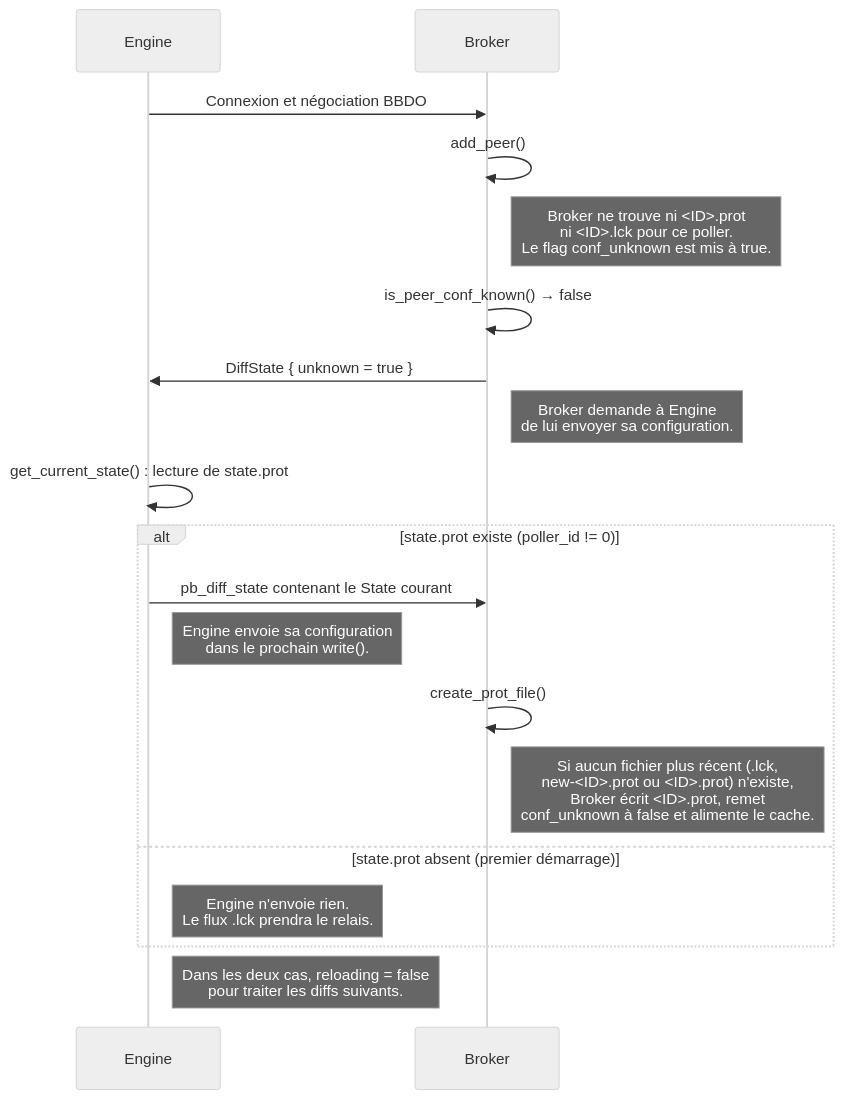
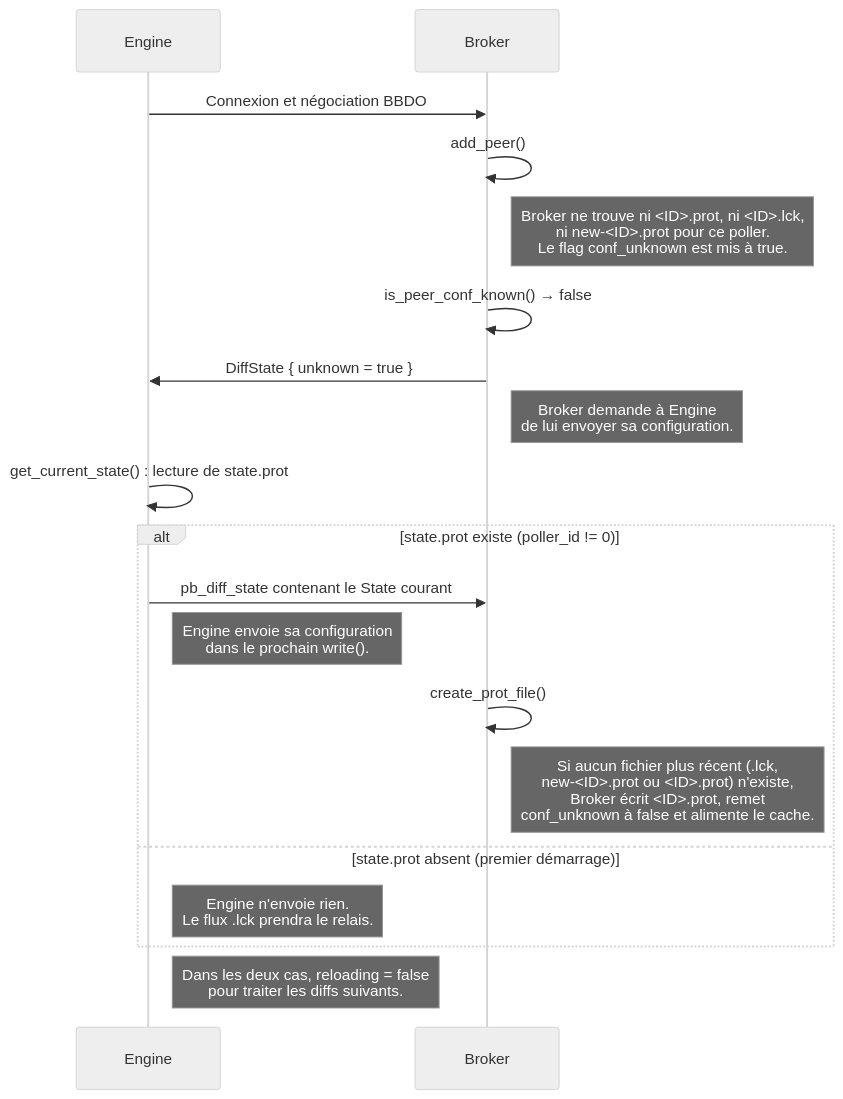
The sixth of 35 diagrams in broker/doc/nego-engine-broker-fr.md (centreon/centreon-collect), drawn with Mermaid (neutral theme) before and after one commit. The commit also changed other lines of this file and 1 other file, not shown here.

Commit message:
chore(doc): nego-engine-broker updated on lck file

````diff
--- a/broker/doc/nego-engine-broker-fr.md
+++ b/broker/doc/nego-engine-broker-fr.md
@@ -764,22 +809,22 @@
 ```mermaid
 sequenceDiagram
     participant E as Engine
     participant B as Broker
 
     E ->> B: Connexion et négociation BBDO
     B ->> B: add_peer()
-    note right of B: Broker ne trouve ni <ID>.prot<br/>ni <ID>.lck pour ce poller.<br/>Le flag conf_unknown est mis à true.
+    note right of B: Broker ne trouve ni <ID>.prot, ni <ID>.lck,<br/>ni new-<ID>.prot pour ce poller.<br/>Le flag conf_unknown est mis à true.
     B ->> B: is_peer_conf_known() → false
     B ->> E: DiffState { unknown = true }
     note right of B: Broker demande à Engine<br/>de lui envoyer sa configuration.
     E ->> E: get_current_state() : lecture de state.prot
     alt state.prot existe (poller_id != 0)
         E ->> B: pb_diff_state contenant le State courant
         note right of E: Engine envoie sa configuration<br/>dans le prochain write().
         B ->> B: create_prot_file()
         note right of B: Si aucun fichier plus récent (.lck,<br/>new-<ID>.prot ou <ID>.prot) n'existe,<br/>Broker écrit <ID>.prot, remet<br/>conf_unknown à false et alimente le cache.
     else state.prot absent (premier démarrage)
         note right of E: Engine n'envoie rien.<br/>Le flux .lck prendra le relais.
     end
     note right of E: Dans les deux cas, reloading = false<br/>pour traiter les diffs suivants.
 ```
````
